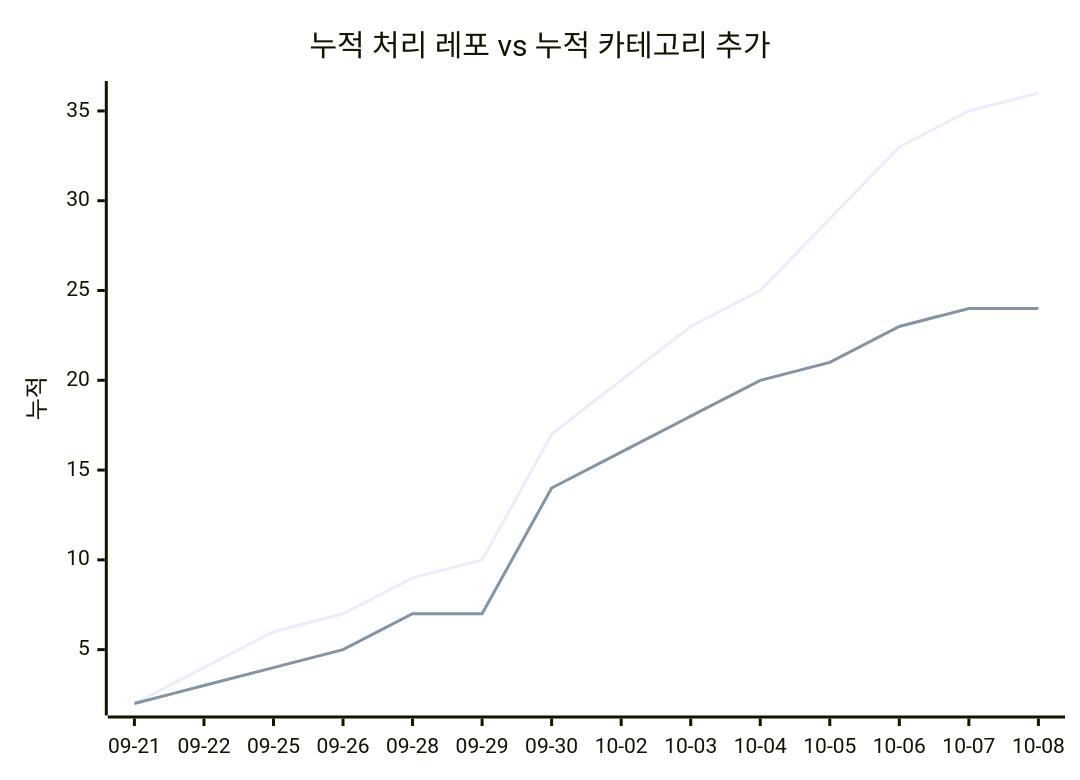
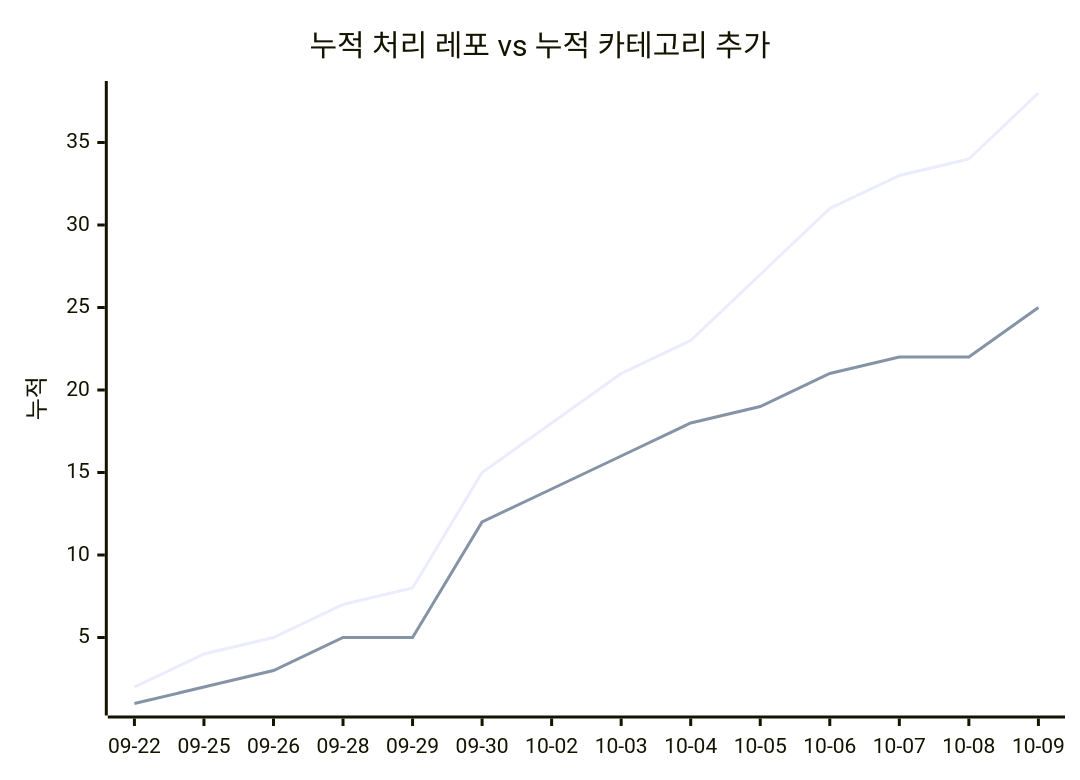
One commit to J-nowcow/awesome-korean-agent-skills changed the second of 2 diagrams in docs/trends.md. Above: the diagram before and after it, drawn with Mermaid. The commit also changed other lines of this file and 6 other files, not shown here.

````diff
--- a/docs/trends.md
+++ b/docs/trends.md
@@ -68,8 +68,8 @@
 ```mermaid
 xychart-beta
     title "누적 처리 레포 vs 누적 카테고리 추가"
-    x-axis ["09-21","09-22","09-25","09-26","09-28","09-29","09-30","10-02","10-03","10-04","10-05","10-06","10-07","10-08"]
+    x-axis ["09-22","09-25","09-26","09-28","09-29","09-30","10-02","10-03","10-04","10-05","10-06","10-07","10-08","10-09"]
     y-axis "누적"
-    line [2,4,6,7,9,10,17,20,23,25,29,33,35,36]
-    line [2,3,4,5,7,7,14,16,18,20,21,23,24,24]
+    line [2,4,5,7,8,15,18,21,23,27,31,33,34,38]
+    line [1,2,3,5,5,12,14,16,18,19,21,22,22,25]
 ```
````
